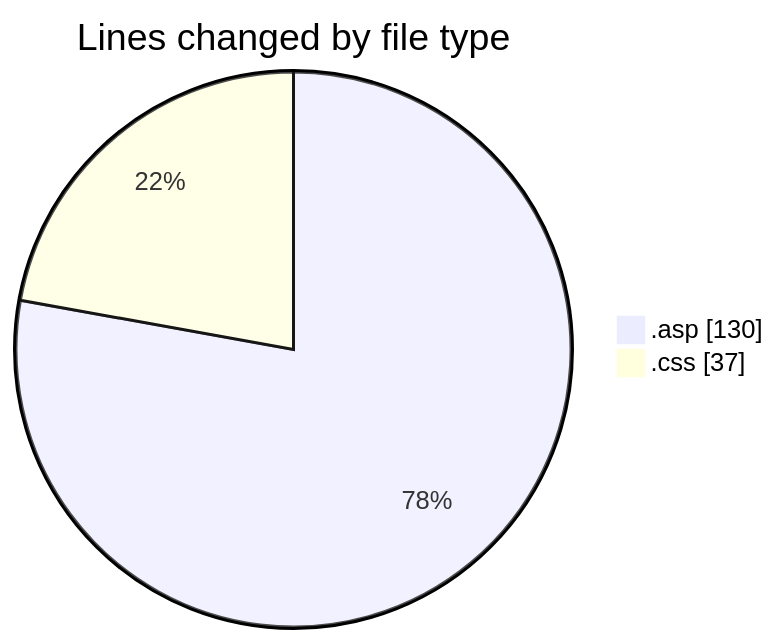
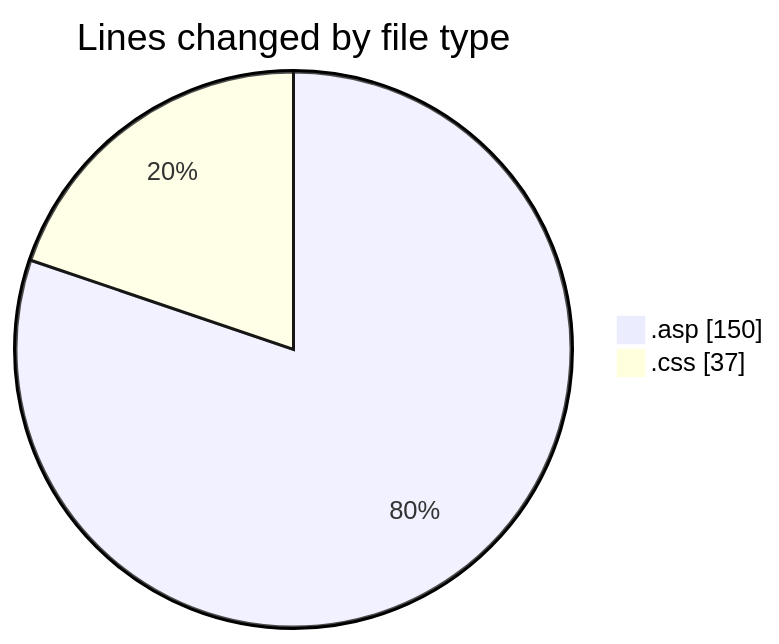
Before and after one commit to julien-gomy/code-tracking: the first of 2 diagrams in 2025-11-02/cdp_aleoudev_fr__workspace_/README.md, drawn with Mermaid. The commit also changed other lines of this file and 1 other file, not shown here.

````diff
--- a/2025-11-02/cdp_aleoudev_fr__workspace_/README.md
+++ b/2025-11-02/cdp_aleoudev_fr__workspace_/README.md
@@ -23,6 +23,6 @@
 ```mermaid
 pie showData
 title Lines changed by file type
-".asp" : 130
+".asp" : 150
 ".css" : 37
 ```
````
